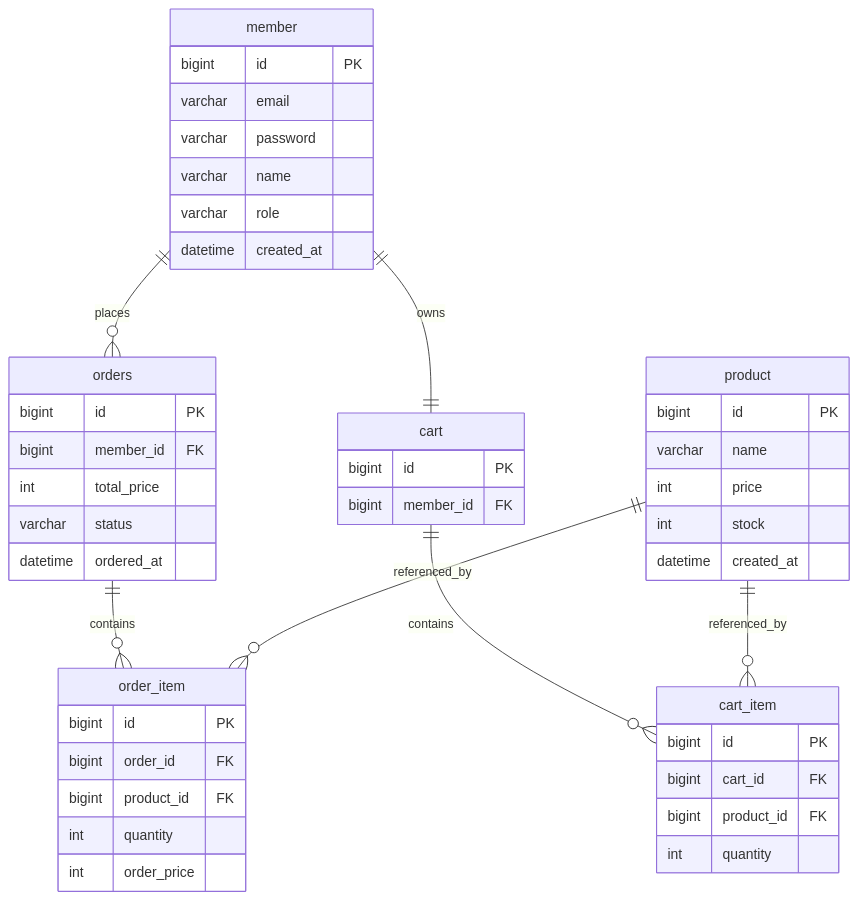
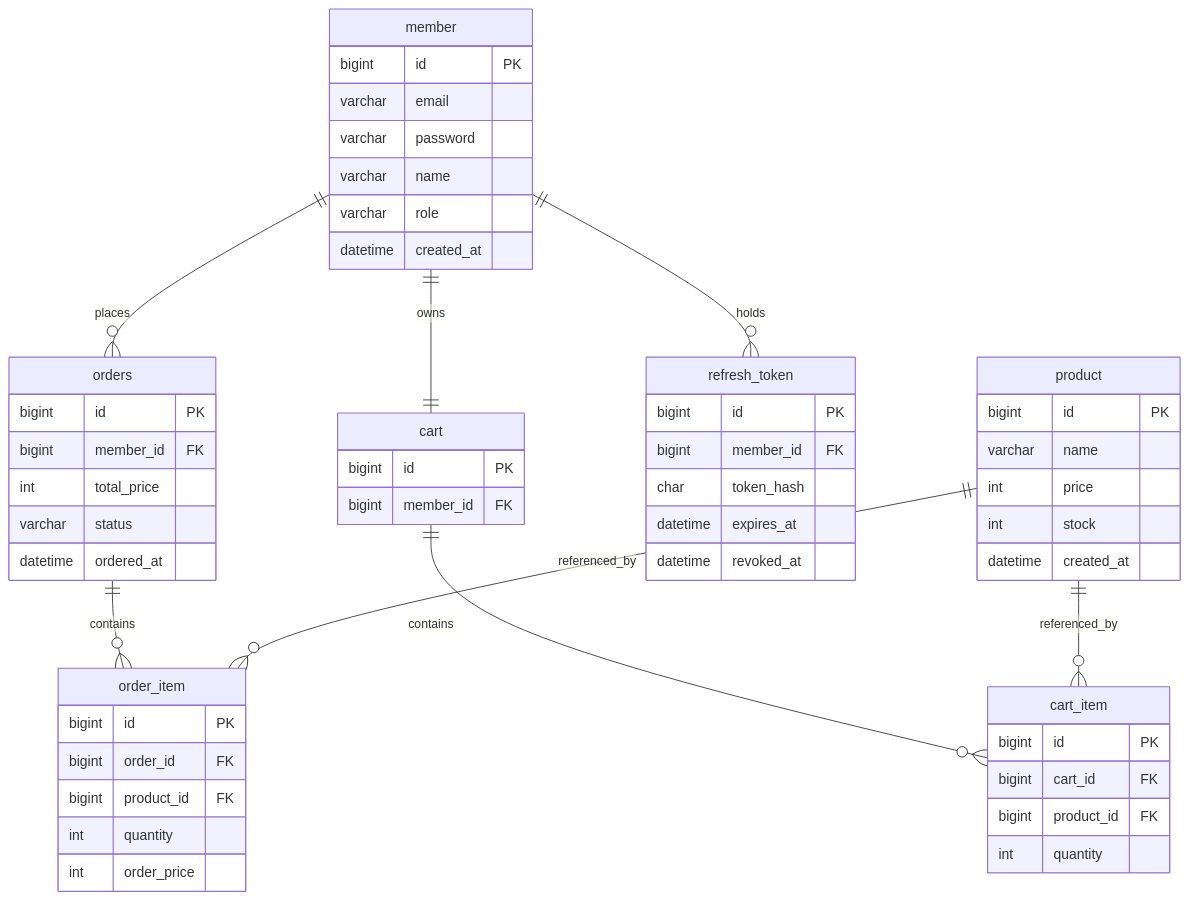
One commit to bellsilver7/nabom-market changed the diagram in README.md. Above: the diagram before and after it, drawn with Mermaid. The commit also changed other lines of this file and 1 other file, not shown here.

````diff
--- a/README.md
+++ b/README.md
@@ -125,49 +126,57 @@
 ```mermaid
 erDiagram
     member ||--o{ orders : places
     member ||--|| cart : owns
+    member ||--o{ refresh_token : holds
     cart ||--o{ cart_item : contains
     orders ||--o{ order_item : contains
     product ||--o{ cart_item : referenced_by
     product ||--o{ order_item : referenced_by
 
     member {
         bigint id PK
         varchar email
         varchar password
         varchar name
         varchar role
         datetime created_at
+    }
+    refresh_token {
+        bigint id PK
+        bigint member_id FK
+        char token_hash
+        datetime expires_at
+        datetime revoked_at
     }
     product {
         bigint id PK
         varchar name
         int price
         int stock
         datetime created_at
     }
     cart {
         bigint id PK
         bigint member_id FK
     }
     cart_item {
         bigint id PK
         bigint cart_id FK
         bigint product_id FK
         int quantity
     }
     orders {
         bigint id PK
         bigint member_id FK
         int total_price
         varchar status
         datetime ordered_at
     }
     order_item {
         bigint id PK
         bigint order_id FK
         bigint product_id FK
         int quantity
         int order_price
     }
 ```
````
